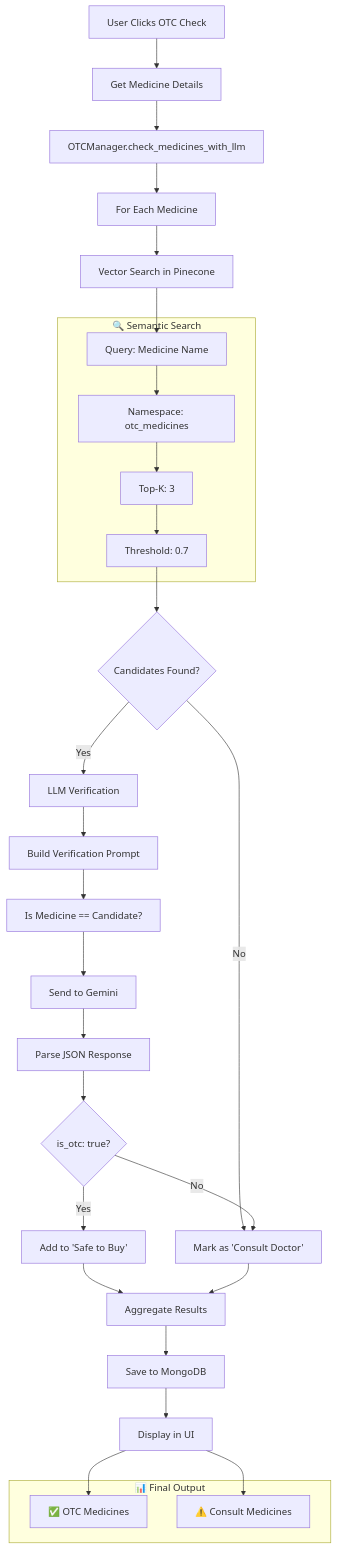
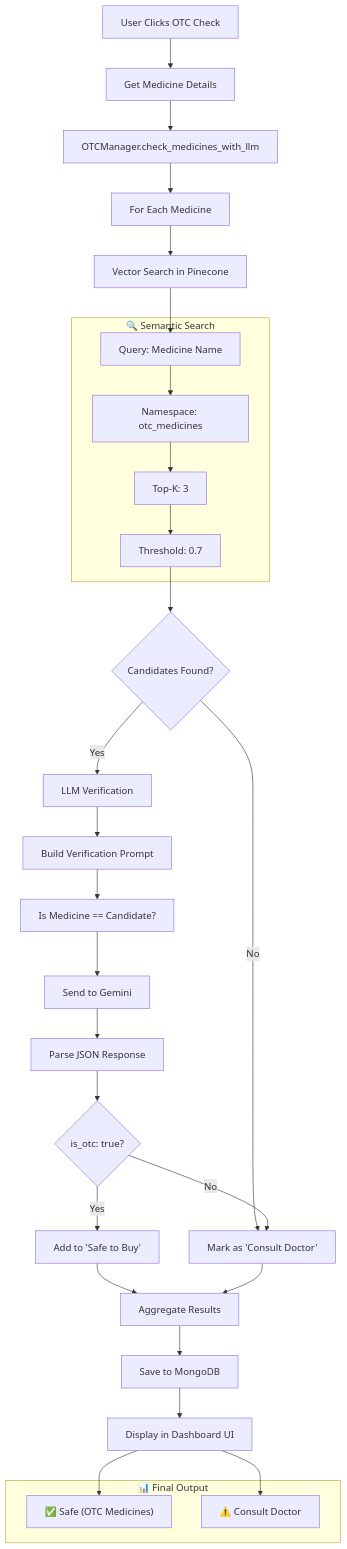
Before and after one commit to akshit40/-Clarity-Rx-: the fifth of 8 diagrams in workflow_diagrams.md, drawn with Mermaid. The commit also changed other lines of this file and 1 other file, not shown here.

Commit message:
docs: Update README and workflow diagrams for Clarity Rx 5.0

````diff
--- a/workflow_diagrams.md
+++ b/workflow_diagrams.md
@@ -171,49 +179,49 @@
 ```mermaid
 flowchart TD
     A[User Clicks OTC Check] --> B[Get Medicine Details]
     B --> C[OTCManager.check_medicines_with_llm]
     
     C --> D[For Each Medicine]
     D --> E[Vector Search in Pinecone]
     
     subgraph VectorSearch["🔍 Semantic Search"]
         F[Query: Medicine Name]
         G[Namespace: otc_medicines]
         H[Top-K: 3]
         I[Threshold: 0.7]
     end
     
     E --> F
     F --> G
     G --> H
     H --> I
     
     I --> J{Candidates Found?}
     
     J -->|No| K["Mark as 'Consult Doctor'"]
     J -->|Yes| L[LLM Verification]
     
     L --> M[Build Verification Prompt]
     M --> N["Is Medicine == Candidate?"]
     N --> O[Send to Gemini]
     
     O --> P[Parse JSON Response]
     P --> Q{is_otc: true?}
     
     Q -->|Yes| R["Add to 'Safe to Buy'"]
     Q -->|No| K
     
     R --> S[Aggregate Results]
     K --> S
     
     S --> T[Save to MongoDB]
-    T --> U[Display in UI]
+    T --> U[Display in Dashboard UI]
     
     subgraph Results["📊 Final Output"]
-        V["✅ OTC Medicines"]
-        W["⚠️ Consult Medicines"]
+        V["✅ Safe (OTC Medicines)"]
+        W["⚠️ Consult Doctor"]
     end
     
     U --> V
     U --> W
 ```
````
